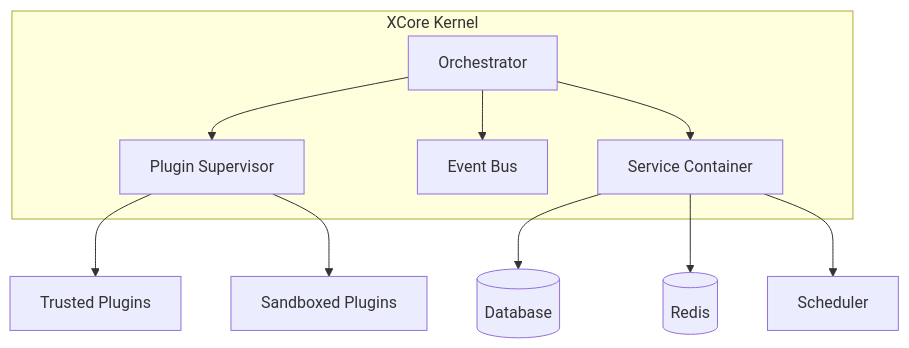
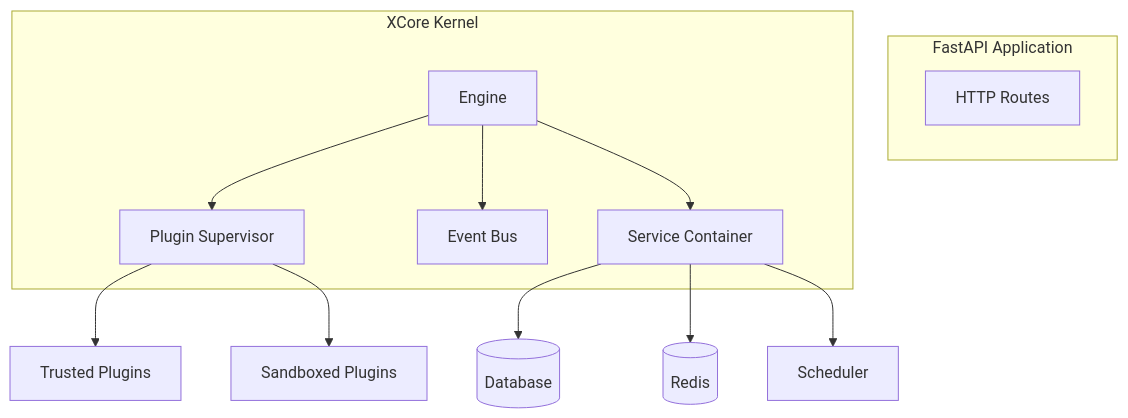
Before and after one commit to traoreera/xcore: the diagram in README.md, drawn with Mermaid. The commit also changed other lines of this file and 71 other files, not shown here.

````diff
--- a/README.md
+++ b/README.md
@@ -14,15 +29,19 @@
 ```mermaid
 flowchart TB
-    subgraph Core["XCore Kernel"]
-        X[Orchestrator] --> PS[Plugin Supervisor]
+    subgraph App["FastAPI Application"]
+        FA[HTTP Routes]
+    end
+
+    subgraph Kernel["XCore Kernel"]
+        X[Engine] --> PS[Plugin Supervisor]
         X --> EB[Event Bus]
         X --> SC[Service Container]
     end
     
     PS --> Trusted[Trusted Plugins]
     PS --> Sandbox[Sandboxed Plugins]
     
     SC --> DB[(Database)]
     SC --> RD[(Redis)]
     SC --> SCH[Scheduler]
 ```
````
